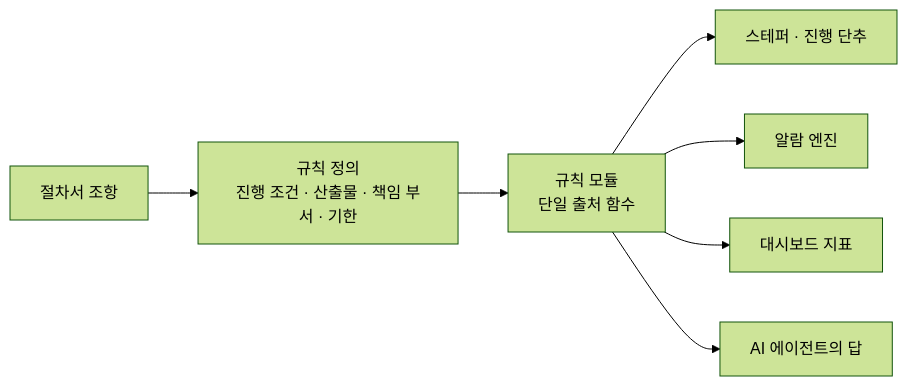
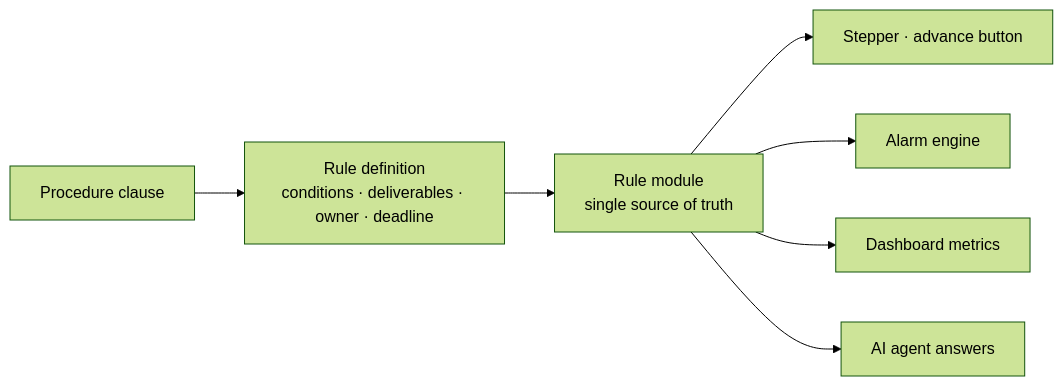
One commit to hupositoc/product-lifecycle-platform changed the first of 2 diagrams in docs/01-process-redesign.md. Above: the diagram before and after it, drawn with Mermaid (forest theme). The commit also changed other lines of this file and 14 other files, not shown here.

````diff
--- a/docs/01-process-redesign.md
+++ b/docs/01-process-redesign.md
@@ -18,9 +18,9 @@
 ```mermaid
 flowchart LR
-    A[절차서 조항] --> B[규칙 정의<br/>진행 조건 · 산출물 · 책임 부서 · 기한]
-    B --> C[규칙 모듈<br/>단일 출처 함수]
-    C --> D1[스테퍼 · 진행 단추]
-    C --> D2[알람 엔진]
-    C --> D3[대시보드 지표]
-    C --> D4[AI 에이전트의 답]
+    A[Procedure clause] --> B[Rule definition<br/>conditions · deliverables · owner · deadline]
+    B --> C[Rule module<br/>single source of truth]
+    C --> D1[Stepper · advance button]
+    C --> D2[Alarm engine]
+    C --> D3[Dashboard metrics]
+    C --> D4[AI agent answers]
 ```
````
